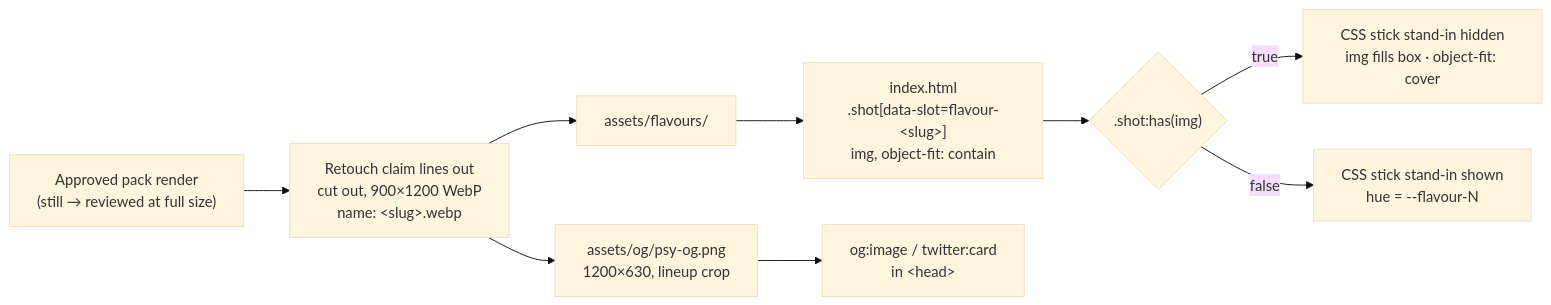
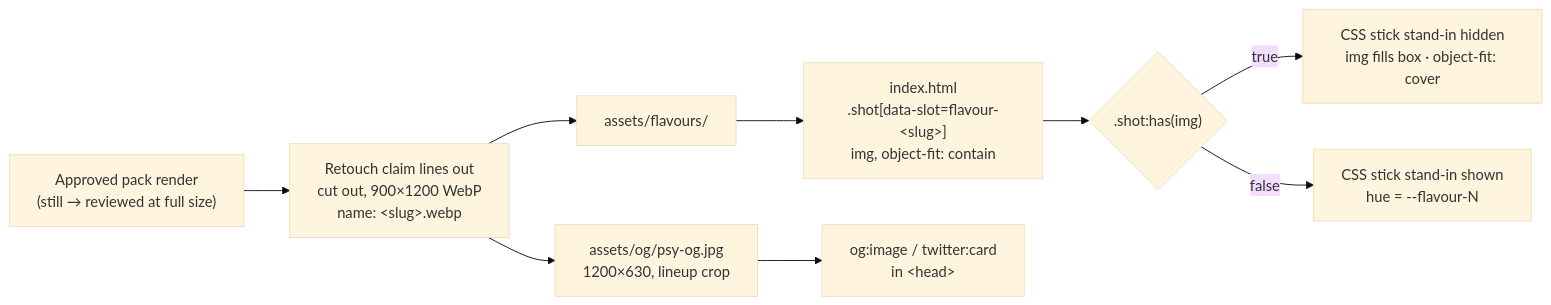
One commit to Sanskaari69/psy-fibre changed the third of 3 diagrams in docs/ARCHITECTURE.md. Above: the diagram before and after it, drawn with Mermaid (base theme). The commit also changed 7 other files, not shown here.

````diff
--- a/docs/ARCHITECTURE.md
+++ b/docs/ARCHITECTURE.md
@@ -61,11 +61,11 @@
 ```mermaid
 flowchart LR
   render["Approved pack render<br/>(still → reviewed at full size)"] --> export["Retouch claim lines out<br/>cut out, 900×1200 WebP<br/>name: &lt;slug&gt;.webp"]
   export --> dir["assets/flavours/"]
   dir --> slot["index.html<br/>.shot[data-slot=flavour-&lt;slug&gt;]<br/>img, object-fit: contain"]
   slot --> css{".shot:has(img)"}
   css -- true --> hide["CSS stick stand-in hidden<br/>img fills box · object-fit: cover"]
   css -- false --> stand["CSS stick stand-in shown<br/>hue = --flavour-N"]
-  export --> og["assets/og/psy-og.png<br/>1200×630, lineup crop"]
+  export --> og["assets/og/psy-og.jpg<br/>1200×630, lineup crop"]
   og --> meta["og:image / twitter:card<br/>in &lt;head&gt;"]
 ```
````
